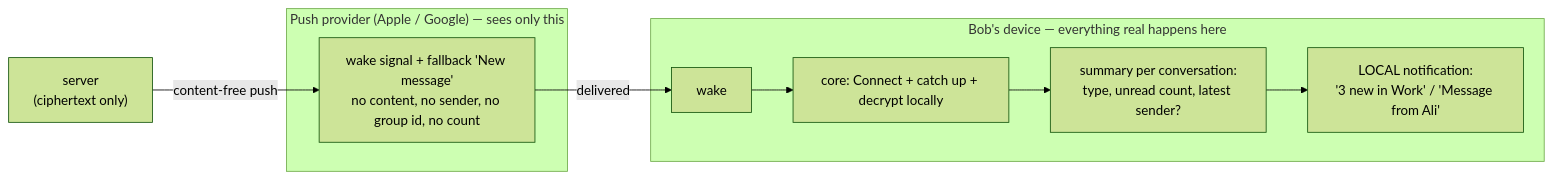
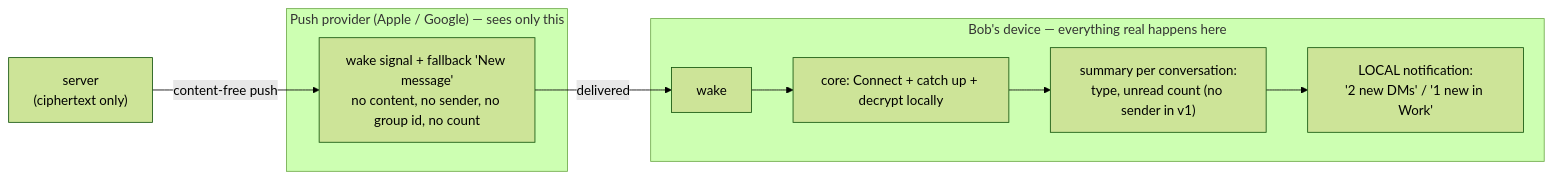
The first of 2 diagrams in openspec/changes/smarter-notifications/design.md (koppathachan/vyajena), drawn with Mermaid (forest theme) before and after one commit. The commit also changed other lines of this file and 4 other files, not shown here.

````diff
--- a/openspec/changes/smarter-notifications/design.md
+++ b/openspec/changes/smarter-notifications/design.md
@@ -41,13 +42,13 @@
 ```mermaid
 flowchart LR
   subgraph provider["Push provider (Apple / Google) — sees only this"]
     w["wake signal + fallback 'New message'<br/>no content, no sender, no group id, no count"]
   end
   s["server<br/>(ciphertext only)"] -->|"content-free push"| w
   w -->|"delivered"| d
   subgraph device["Bob's device — everything real happens here"]
     d["wake"] --> cx["core: Connect + catch up + decrypt locally"]
-    cx --> m["summary per conversation:<br/>type, unread count, latest sender?"]
-    m --> n["LOCAL notification:<br/>'3 new in Work' / 'Message from Ali'"]
+    cx --> m["summary per conversation:<br/>type, unread count (no sender in v1)"]
+    m --> n["LOCAL notification:<br/>'2 new DMs' / '1 new in Work'"]
   end
 ```
````
